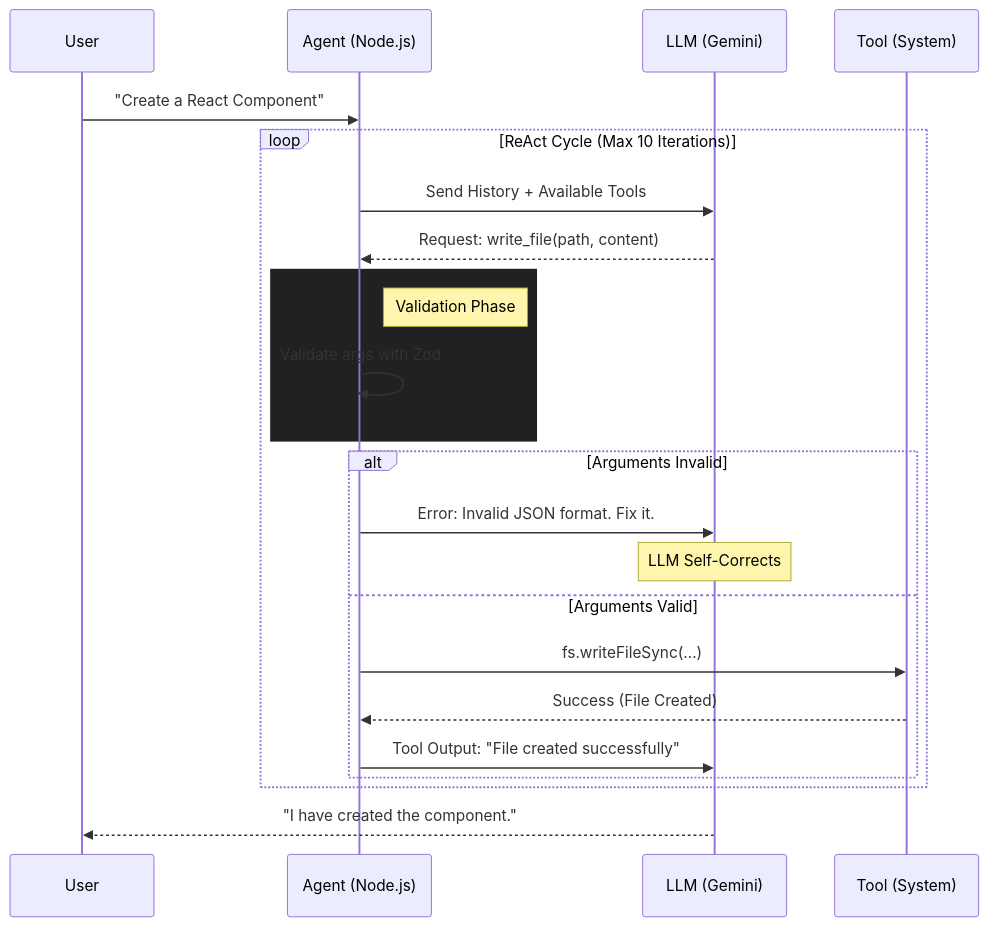
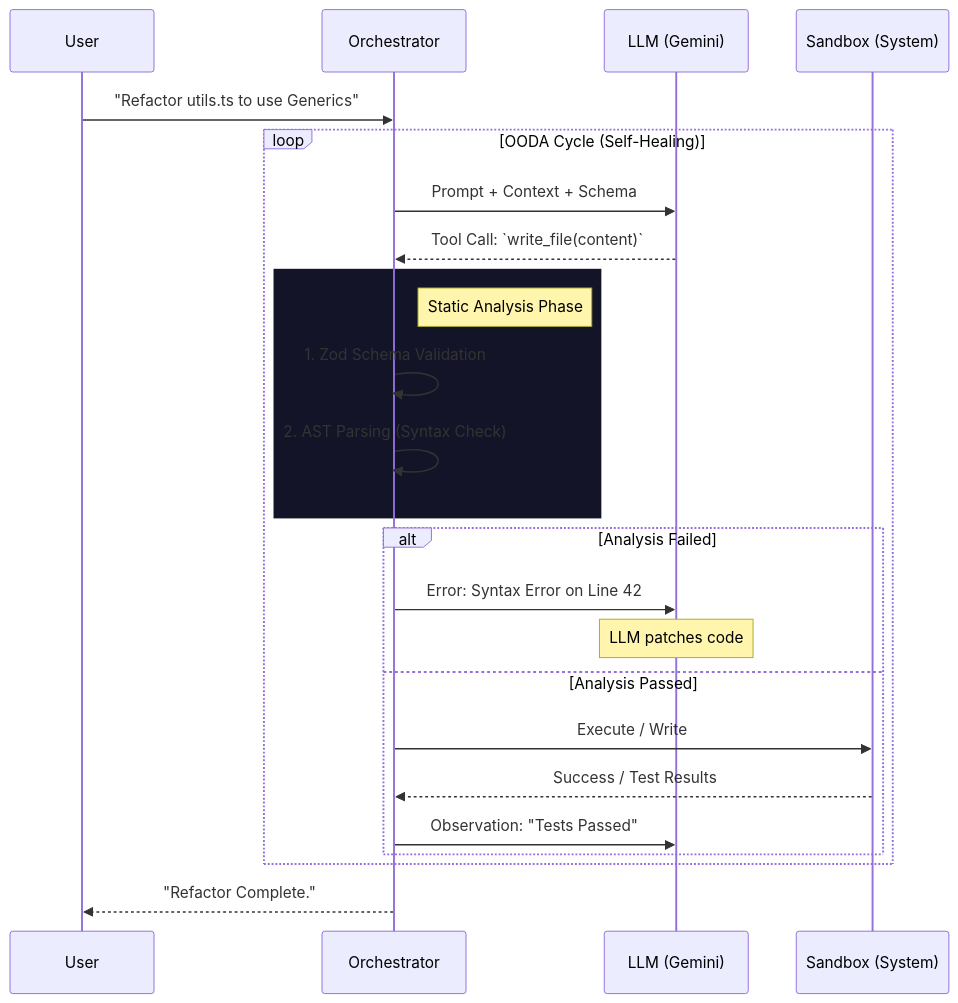
The second of 3 diagrams in README.md (Ujjwal5705/Orbyt-CLI), drawn with Mermaid before and after one commit. The commit also changed other lines of this file, not shown here.

First line of the commit message:
Revise README with improved architecture details

````diff
--- a/README.md
+++ b/README.md
@@ -50,28 +61,30 @@
 ```mermaid
 sequenceDiagram
     participant U as User
-    participant A as Agent (Node.js)
+    participant O as Orchestrator
     participant L as LLM (Gemini)
-    participant T as Tool (System)
+    participant S as Sandbox (System)
 
-    U->>A: "Create a React Component"
-    loop ReAct Cycle (Max 10 Iterations)
-        A->>L: Send History + Available Tools
-        L-->>A: Request: write_file(path, content)
+    U->>O: "Refactor utils.ts to use Generics"
+    
+    loop OODA Cycle (Self-Healing)
+        O->>L: Prompt + Context + Schema
+        L-->>O: Tool Call: `write_file(content)`
         
-        rect rgb(33, 33, 33)
-            Note right of A: Validation Phase
-            A->>A: Validate args with Zod
+        rect rgb(20, 20, 40)
+            Note right of O: Static Analysis Phase
+            O->>O: 1. Zod Schema Validation
+            O->>O: 2. AST Parsing (Syntax Check)
         end
         
-        alt Arguments Invalid
-            A->>L: Error: Invalid JSON format. Fix it.
-            Note over L: LLM Self-Corrects
-        else Arguments Valid
-            A->>T: fs.writeFileSync(...)
-            T-->>A: Success (File Created)
-            A->>L: Tool Output: "File created successfully"
+        alt Analysis Failed
+            O->>L: Error: Syntax Error on Line 42
+            Note over L: LLM patches code
+        else Analysis Passed
+            O->>S: Execute / Write
+            S-->>O: Success / Test Results
+            O->>L: Observation: "Tests Passed"
         end
     end
-    L-->>U: "I have created the component."
+    O-->>U: "Refactor Complete."
 ```
````
